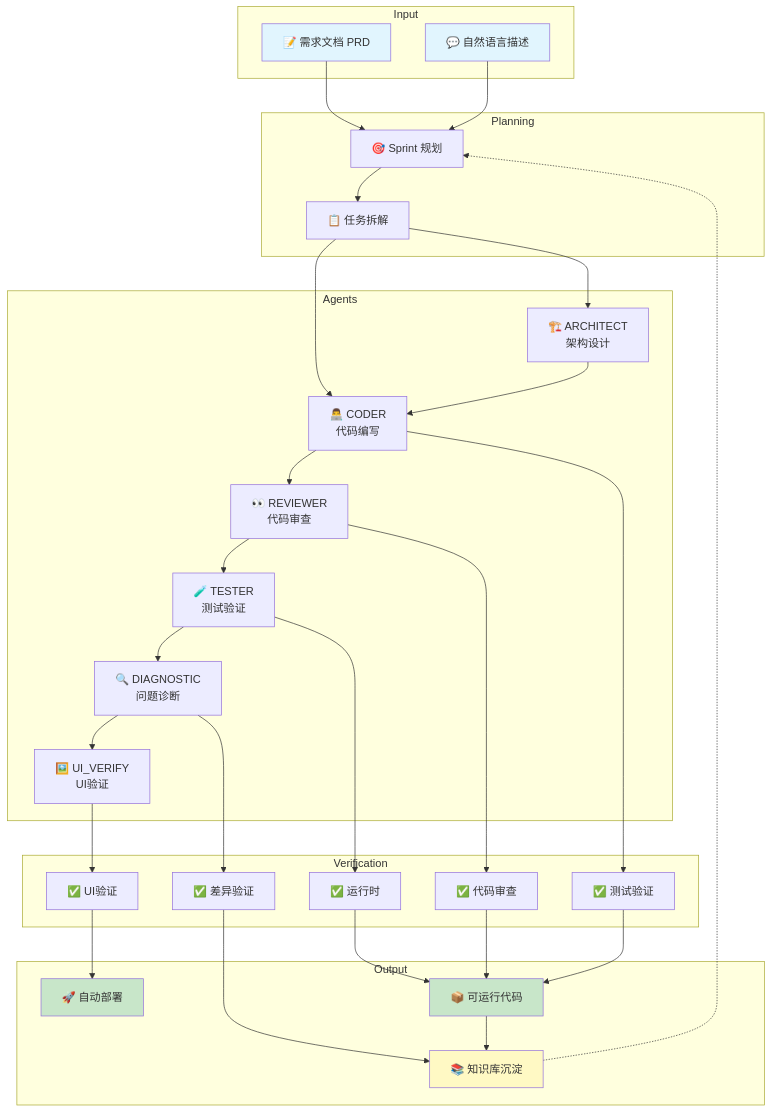
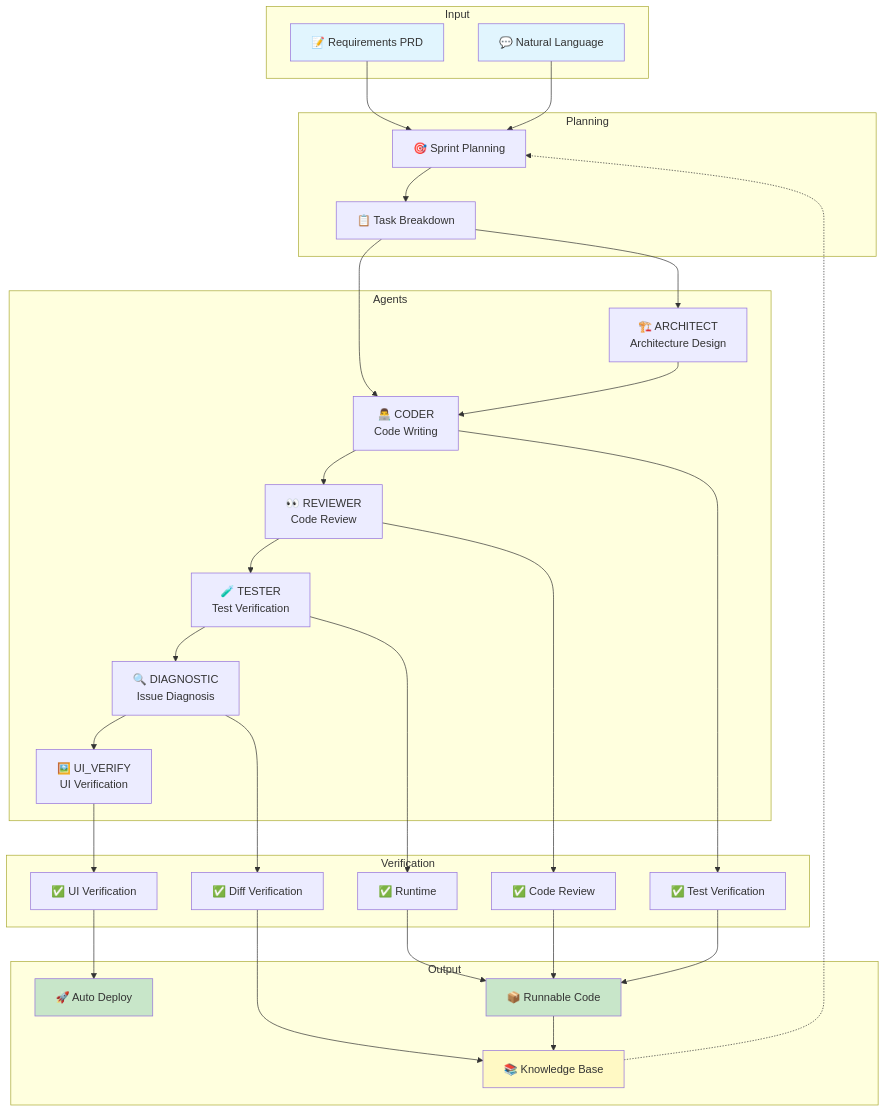
Before and after one commit to sprintcycle/sprintcycle: the first of 2 diagrams in README.md, drawn with Mermaid. The commit also changed other lines of this file, not shown here.

````diff
--- a/README.md
+++ b/README.md
@@ -88,69 +88,69 @@
 ```mermaid
 graph TB
     subgraph Input
-        PRD[📝 需求文档 PRD]
-        NL[💬 自然语言描述]
+        PRD[📝 Requirements PRD]
+        NL[💬 Natural Language]
     end
     
     subgraph Planning
-        PLAN[🎯 Sprint 规划]
-        TASK[📋 任务拆解]
+        PLAN[🎯 Sprint Planning]
+        TASK[📋 Task Breakdown]
     end
     
     subgraph Agents
-        CODER[👨‍💻 CODER<br/>代码编写]
-        REVIEWER[👀 REVIEWER<br/>代码审查]
-        ARCHITECT[🏗️ ARCHITECT<br/>架构设计]
-        TESTER[🧪 TESTER<br/>测试验证]
-        DIAG[🔍 DIAGNOSTIC<br/>问题诊断]
-        UI[🖼️ UI_VERIFY<br/>UI验证]
+        CODER[👨‍💻 CODER<br/>Code Writing]
+        REVIEWER[👀 REVIEWER<br/>Code Review]
+        ARCHITECT[🏗️ ARCHITECT<br/>Architecture Design]
+        TESTER[🧪 TESTER<br/>Test Verification]
+        DIAG[🔍 DIAGNOSTIC<br/>Issue Diagnosis]
+        UI[🖼️ UI_VERIFY<br/>UI Verification]
     end
     
     subgraph Verification
-        TEST[✅ 测试验证]
-        REVIEW[✅ 代码审查]
-        RUNTIME[✅ 运行时]
-        UI_TEST[✅ UI验证]
-        DIFF[✅ 差异验证]
+        TEST[✅ Test Verification]
+        REVIEW[✅ Code Review]
+        RUNTIME[✅ Runtime]
+        UI_TEST[✅ UI Verification]
+        DIFF[✅ Diff Verification]
     end
     
     subgraph Output
-        CODE[📦 可运行代码]
-        KB[📚 知识库沉淀]
-        DEPLOY[🚀 自动部署]
+        CODE[📦 Runnable Code]
+        KB[📚 Knowledge Base]
+        DEPLOY[🚀 Auto Deploy]
     end
     
     PRD --> PLAN
     NL --> PLAN
     PLAN --> TASK
     TASK --> CODER
     TASK --> ARCHITECT
     
     CODER --> REVIEWER
     ARCHITECT --> CODER
     
     REVIEWER --> TESTER
     TESTER --> DIAG
     DIAG --> UI
     
     CODER --> TEST
     REVIEWER --> REVIEW
     TESTER --> RUNTIME
     UI --> UI_TEST
     DIAG --> DIFF
     
     TEST --> CODE
     REVIEW --> CODE
     RUNTIME --> CODE
     UI_TEST --> DEPLOY
     DIFF --> KB
     
     CODE --> KB
     KB -.-> PLAN
     
     style PRD fill:#e1f5fe
     style NL fill:#e1f5fe
     style CODE fill:#c8e6c9
     style DEPLOY fill:#c8e6c9
     style KB fill:#fff9c4
 ```
````
